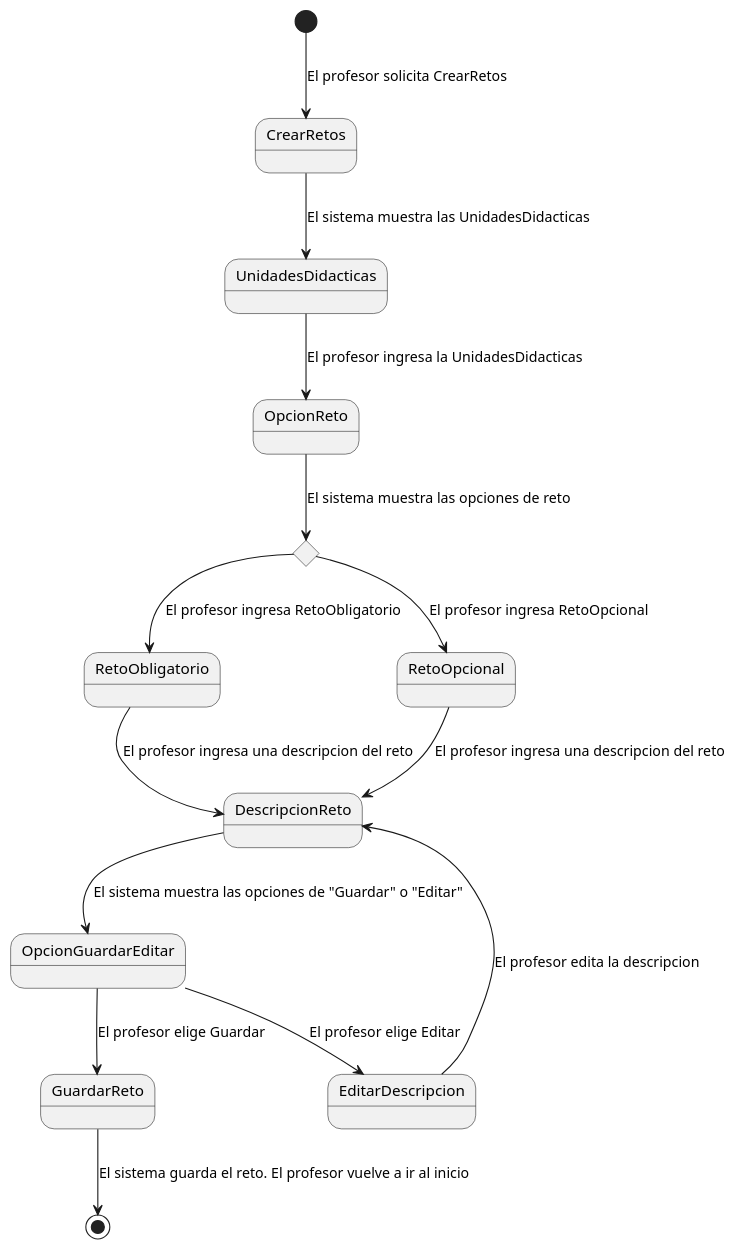
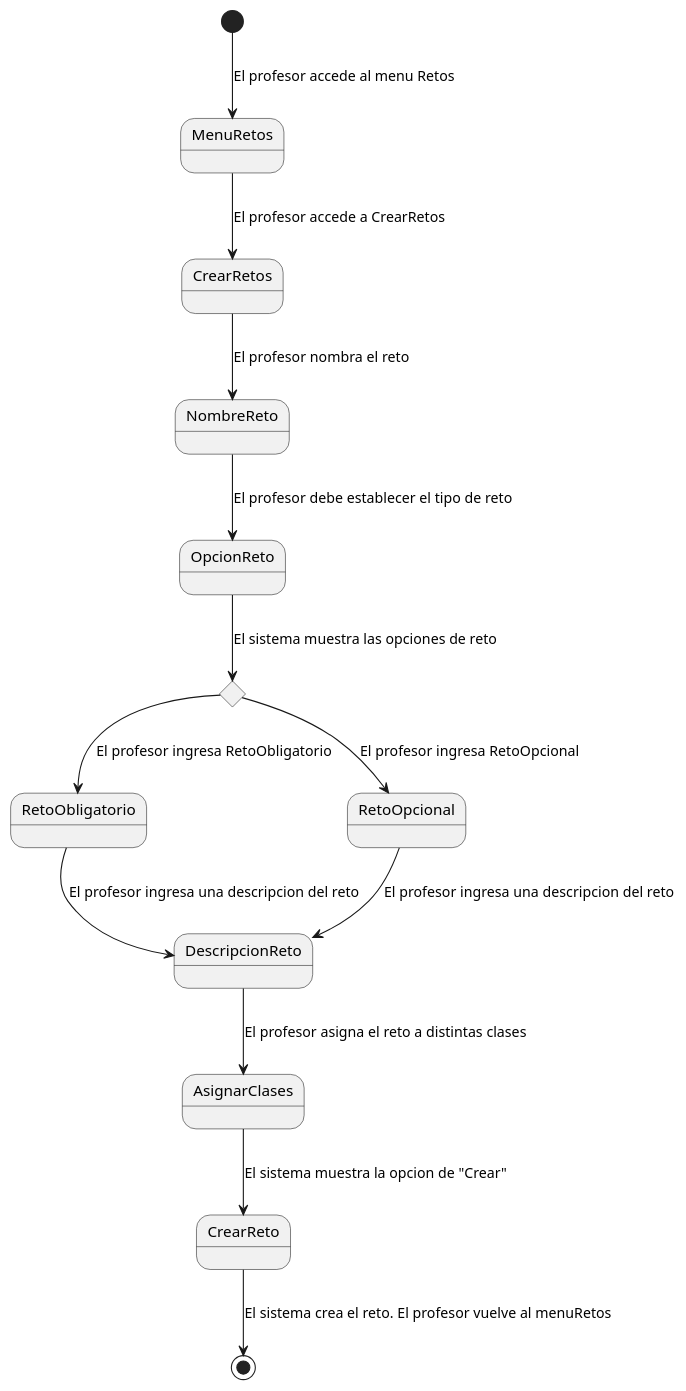
The diagram in Documentos/DetallarCasosDeUso/CrearRetos.puml (mmasias/24-25-IdSw1-SDR), drawn with PlantUML before and after one commit.

```diff
--- a/Documentos/DetallarCasosDeUso/CrearRetos.puml
+++ b/Documentos/DetallarCasosDeUso/CrearRetos.puml
@@ -1,19 +1,17 @@
 @startuml
 
-[*] --> CrearRetos : El profesor solicita CrearRetos
-CrearRetos --> UnidadesDidacticas : El sistema muestra las UnidadesDidacticas
-UnidadesDidacticas --> OpcionReto : El profesor ingresa la UnidadesDidacticas
+[*] --> MenuRetos : El profesor accede al menu Retos
+MenuRetos --> CrearRetos : El profesor accede a CrearRetos 
+CrearRetos --> NombreReto : El profesor nombra el reto
+NombreReto --> OpcionReto : El profesor debe establecer el tipo de reto 
 state reto <<choice>>
 OpcionReto --> reto : El sistema muestra las opciones de reto
 reto --> RetoObligatorio : El profesor ingresa RetoObligatorio
 reto --> RetoOpcional : El profesor ingresa RetoOpcional
 RetoObligatorio --> DescripcionReto : El profesor ingresa una descripcion del reto
 RetoOpcional --> DescripcionReto : El profesor ingresa una descripcion del reto
-DescripcionReto --> OpcionGuardarEditar : El sistema muestra las opciones de "Guardar" o "Editar"
-state OpcionGuardarEditar <<choice>>
-OpcionGuardarEditar --> GuardarReto : El profesor elige Guardar
-OpcionGuardarEditar --> EditarDescripcion : El profesor elige Editar
-EditarDescripcion --> DescripcionReto : El profesor edita la descripcion
-GuardarReto --> [*] : El sistema guarda el reto. El profesor vuelve a ir al inicio
+DescripcionReto --> AsignarClases : El profesor asigna el reto a distintas clases
+AsignarClases --> CrearReto : El sistema muestra la opcion de "Crear"
+CrearReto --> [*] : El sistema crea el reto. El profesor vuelve al menuRetos
 
 @enduml
```
